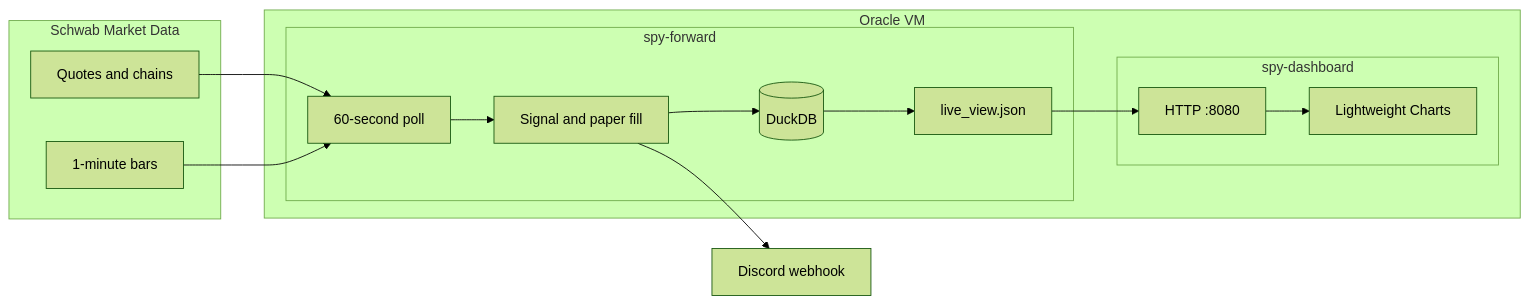
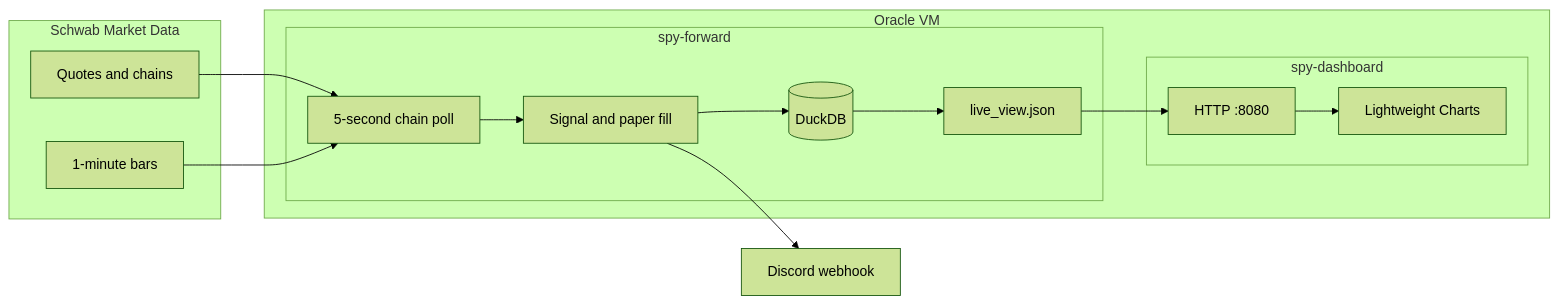
One commit to DBurca/GEXFlowTrader changed the first of 4 diagrams in README.md. Above: the diagram before and after it, drawn with Mermaid (forest theme). The commit also changed other lines of this file and 6 other files, not shown here.

First line of the commit message:
Poll the 0DTE chain every 5 seconds and score its volume from the spread.

````diff
--- a/README.md
+++ b/README.md
@@ -11,31 +11,31 @@
 ```mermaid
 flowchart LR
   subgraph schwab [Schwab Market Data]
     quotes[Quotes and chains]
     history[1-minute bars]
   end
 
   subgraph host [Oracle VM]
     subgraph tester [spy-forward]
-      poll[60-second poll]
+      poll[5-second chain poll]
       signals[Signal and paper fill]
       db[(DuckDB)]
       json[live_view.json]
     end
     subgraph dash [spy-dashboard]
       http[HTTP :8080]
       page[Lightweight Charts]
     end
   end
 
   discord[Discord webhook]
 
   quotes --> poll
   history --> poll
   poll --> signals
   signals --> db
   db --> json
   json --> http
   http --> page
   signals --> discord
 ```
````
